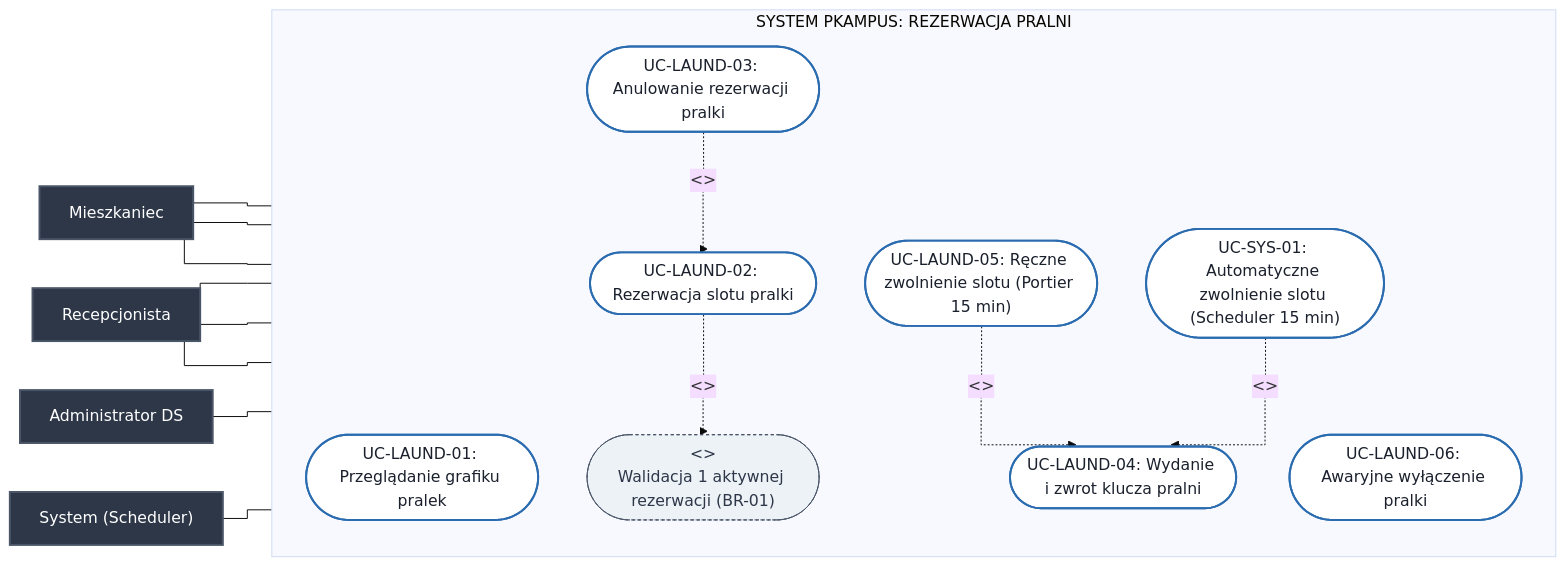
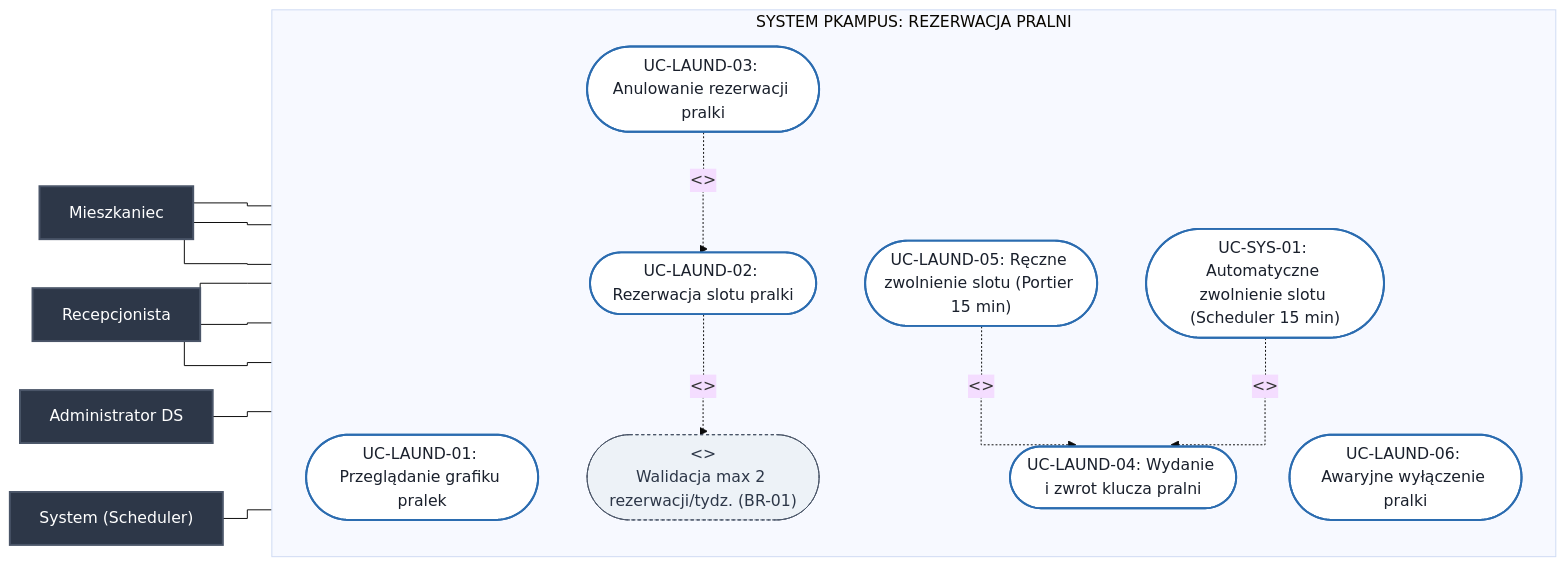
One commit to Buczy8/PKampus changed the fourth of 9 diagrams in Docs/Diagramy_Przypadkow_Uzycia.md. Above: the diagram before and after it, drawn with Mermaid (base theme). The commit also changed other lines of this file and 1 other file, not shown here.

````diff
--- a/Docs/Diagramy_Przypadkow_Uzycia.md
+++ b/Docs/Diagramy_Przypadkow_Uzycia.md
@@ -142,40 +142,40 @@
 ```mermaid
 %%{init: {'flowchart': {'curve': 'stepBefore'}}}%%
 flowchart LR
     classDef actorStyle fill:#2d3748,stroke:#4a5568,stroke-width:2px,color:#fff;
     classDef ucStyle fill:#fff,stroke:#2b6cb0,stroke-width:2px,color:#1a202c;
     classDef subUcStyle fill:#edf2f7,stroke:#4a5568,stroke-width:1px,stroke-dasharray: 3 3,color:#2d3748;
 
     Student["Mieszkaniec"]:::actorStyle
 
     subgraph System_Laundry ["SYSTEM PKAMPUS: REZERWACJA PRALNI"]
         direction TB
         UC_LAUND_01(["UC-LAUND-01: Przeglądanie grafiku pralek"]):::ucStyle
         UC_LAUND_02(["UC-LAUND-02: Rezerwacja slotu pralki"]):::ucStyle
-        UC_INC_BR01(["<<include>><br/>Walidacja 1 aktywnej rezerwacji (BR-01)"]):::subUcStyle
+        UC_INC_BR01(["<<include>><br/>Walidacja max 2 rezerwacji/tydz. (BR-01)"]):::subUcStyle
         UC_LAUND_03(["UC-LAUND-03: Anulowanie rezerwacji pralki"]):::ucStyle
         UC_LAUND_04(["UC-LAUND-04: Wydanie i zwrot klucza pralni"]):::ucStyle
         UC_LAUND_05(["UC-LAUND-05: Ręczne zwolnienie slotu (Portier 15 min)"]):::ucStyle
         UC_LAUND_06(["UC-LAUND-06: Awaryjne wyłączenie pralki"]):::ucStyle
         UC_SYS_01(["UC-SYS-01: Automatyczne zwolnienie slotu (Scheduler 15 min)"]):::ucStyle
 
         UC_LAUND_02 -.->|"<<include>>"| UC_INC_BR01
         UC_LAUND_03 -.->|"<<extend>>"| UC_LAUND_02
         UC_LAUND_05 -.->|"<<extend>>"| UC_LAUND_04
         UC_SYS_01 -.->|"<<extend>>"| UC_LAUND_04
     end
 
     Portier["Recepcjonista"]:::actorStyle
     AdminDS["Administrator DS"]:::actorStyle
     Sys["System (Scheduler)"]:::actorStyle
 
     Student --- UC_LAUND_01
     Student --- UC_LAUND_02
     Student --- UC_LAUND_03
 
     Portier --- UC_LAUND_04
     Portier --- UC_LAUND_05
     Portier --- UC_LAUND_06
     AdminDS --- UC_LAUND_06
     Sys --- UC_SYS_01
 ```
````
